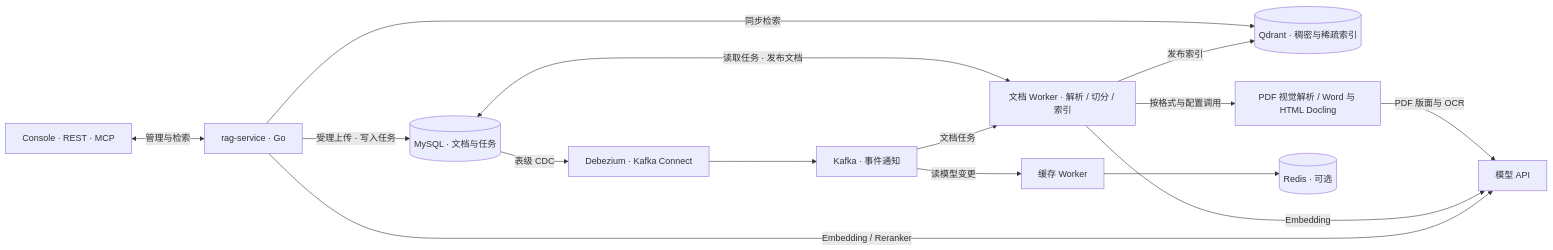
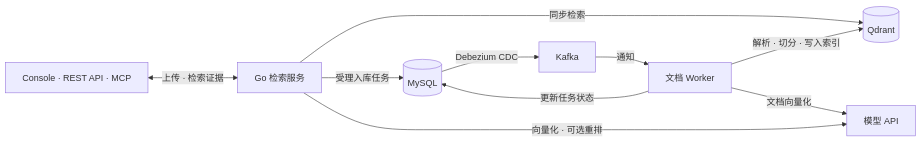
Before and after one commit to Guan0923/Praxis-RAG: the diagram in README.md, drawn with Mermaid. The commit also changed other lines of this file and 2 other files, not shown here.

Commit message:
docs: rebuild Praxis-RAG landing page and add Console demo

````diff
--- a/README.md
+++ b/README.md
@@ -19,20 +29,12 @@
 ```mermaid
 flowchart LR
-    Client["Console · REST · MCP"] <-->|管理与检索| API["rag-service · Go"]
-
-    API -->|受理上传 · 写入任务| MySQL[("MySQL · 文档与任务")]
-    MySQL -->|表级 CDC| CDC["Debezium · Kafka Connect"]
-    CDC --> Kafka["Kafka · 事件通知"]
-    Kafka -->|文档任务| Worker["文档 Worker · 解析 / 切分 / 索引"]
-    Worker <-->|读取任务 · 发布文档| MySQL
-    Worker -->|发布索引| Qdrant[("Qdrant · 稠密与稀疏索引")]
-
-    API -->|同步检索| Qdrant
-    API -->|Embedding / Reranker| Model["模型 API"]
-    Worker -->|Embedding| Model
-    Worker -->|按格式与配置调用| Parsers["PDF 视觉解析 / Word 与 HTML Docling"]
-    Parsers -->|PDF 版面与 OCR| Model
-
-    Kafka -->|读模型变更| Cache["缓存 Worker"]
-    Cache --> Redis[("Redis · 可选")]
+    Client["Console · REST API · MCP"] <-->|"上传 · 检索证据"| Service["Go 检索服务"]
+    Service -->|"同步检索"| Qdrant[(Qdrant)]
+    Service -->|"受理入库任务"| MySQL[(MySQL)]
+    MySQL -->|"Debezium CDC"| Kafka["Kafka"]
+    Kafka -->|"通知"| Worker["文档 Worker"]
+    Worker -->|"解析 · 切分 · 写入索引"| Qdrant
+    Worker -->|"更新任务状态"| MySQL
+    Service -->|"向量化 · 可选重排"| Model["模型 API"]
+    Worker -->|"文档向量化"| Model
 ```
````
